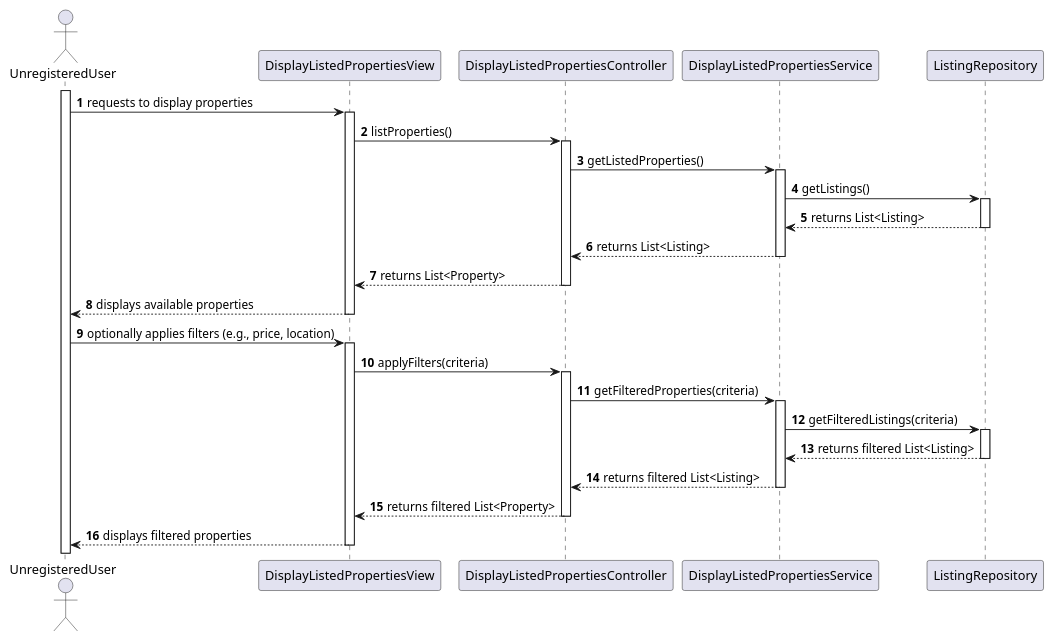
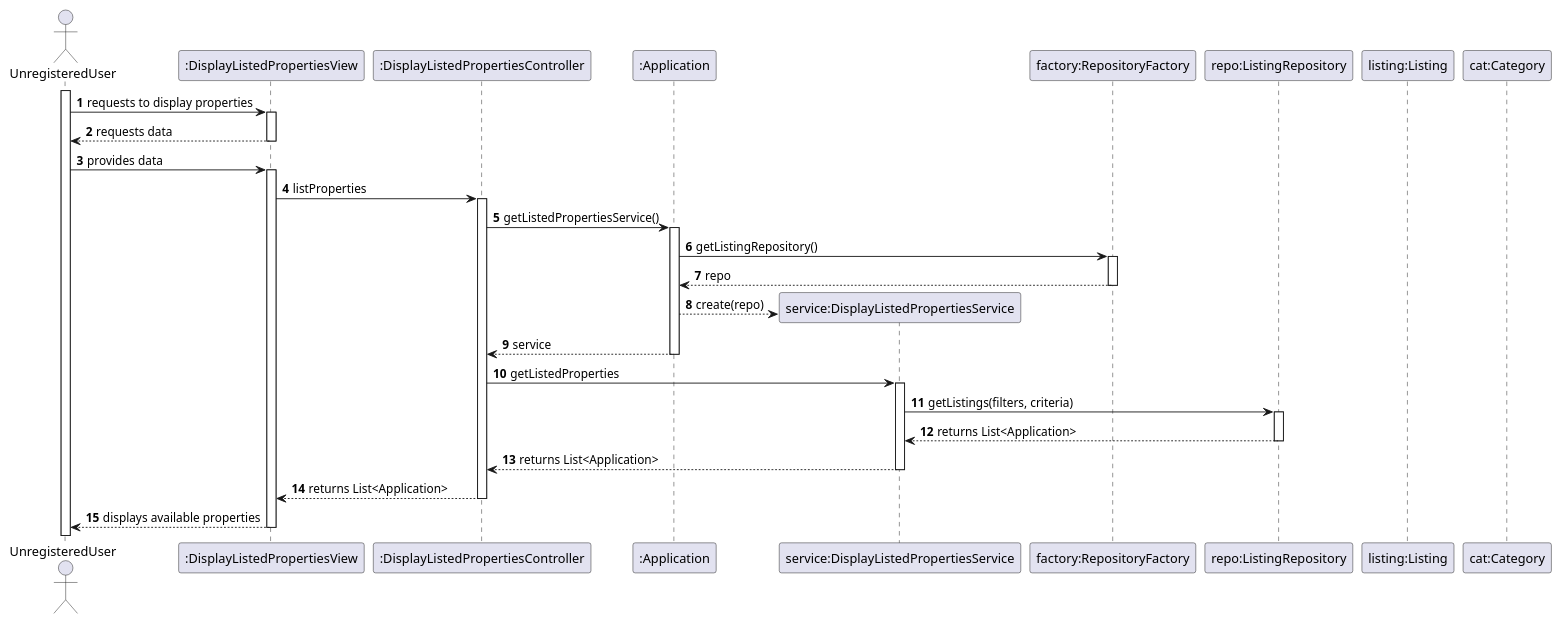
One commit to goncalomaia18/leti-esoft-24-25-A2 changed the diagram in docs/Sprint3/US20/US20-SD.puml. Above: the diagram before and after it, drawn with PlantUML. The commit also changed other lines of this file and 5 other files, not shown here.

```diff
--- a/docs/Sprint3/US20/US20-SD.puml
+++ b/docs/Sprint3/US20/US20-SD.puml
@@ -1,29 +1,33 @@
 @startuml
+'https://plantuml.com/sequence-diagram
 autoactivate on
 autonumber
 
 actor "UnregisteredUser" as User
-participant "DisplayListedPropertiesView" as View
-participant "DisplayListedPropertiesController" as Controller
-participant "DisplayListedPropertiesService" as Service
-participant "ListingRepository" as Repository
+participant ":DisplayListedPropertiesView" as System
+participant ":DisplayListedPropertiesController" as Ctrl
+participant ":Application" as App
+participant "service:DisplayListedPropertiesService" as Service
+participant "factory:RepositoryFactory" as Factory
+participant "repo:ListingRepository" as Repo
+participant "listing:Listing" as Listing
+activate User
 
-activate User
-User -> View: requests to display properties
-View -> Controller: listProperties()
-Controller -> Service: getListedProperties()
-Service -> Repository: getListings()
-Repository --> Service: returns List<Listing>
-Service --> Controller: returns List<Listing>
-Controller --> View: returns List<Property>
-View --> User: displays available properties
+User -> System: requests to display properties
+System --> User: requests data
 
-User -> View: optionally applies filters (e.g., price, location)
-View -> Controller: applyFilters(criteria)
-Controller -> Service: getFilteredProperties(criteria)
-Service -> Repository: getFilteredListings(criteria)
-Repository --> Service: returns filtered List<Listing>
-Service --> Controller: returns filtered List<Listing>
-Controller --> View: returns filtered List<Property>
-View --> User: displays filtered properties
+User -> System: provides data
+System -> Ctrl: listProperties
+Ctrl -> App: getListedPropertiesService()
+App -> Factory: getListingRepository()
+Factory --> App: repo
+App --> Service**: create(repo)
+App --> Ctrl: service
+Ctrl -> Service: getListedProperties
+Service -> Repo: getListings(filters, criteria)
+participant "cat:Category" as Category
+Repo --> Service: returns List<Application>
+Service --> Ctrl: returns List<Application>
+Ctrl --> System: returns List<Application>
+System --> User: displays available properties
 @enduml
```
